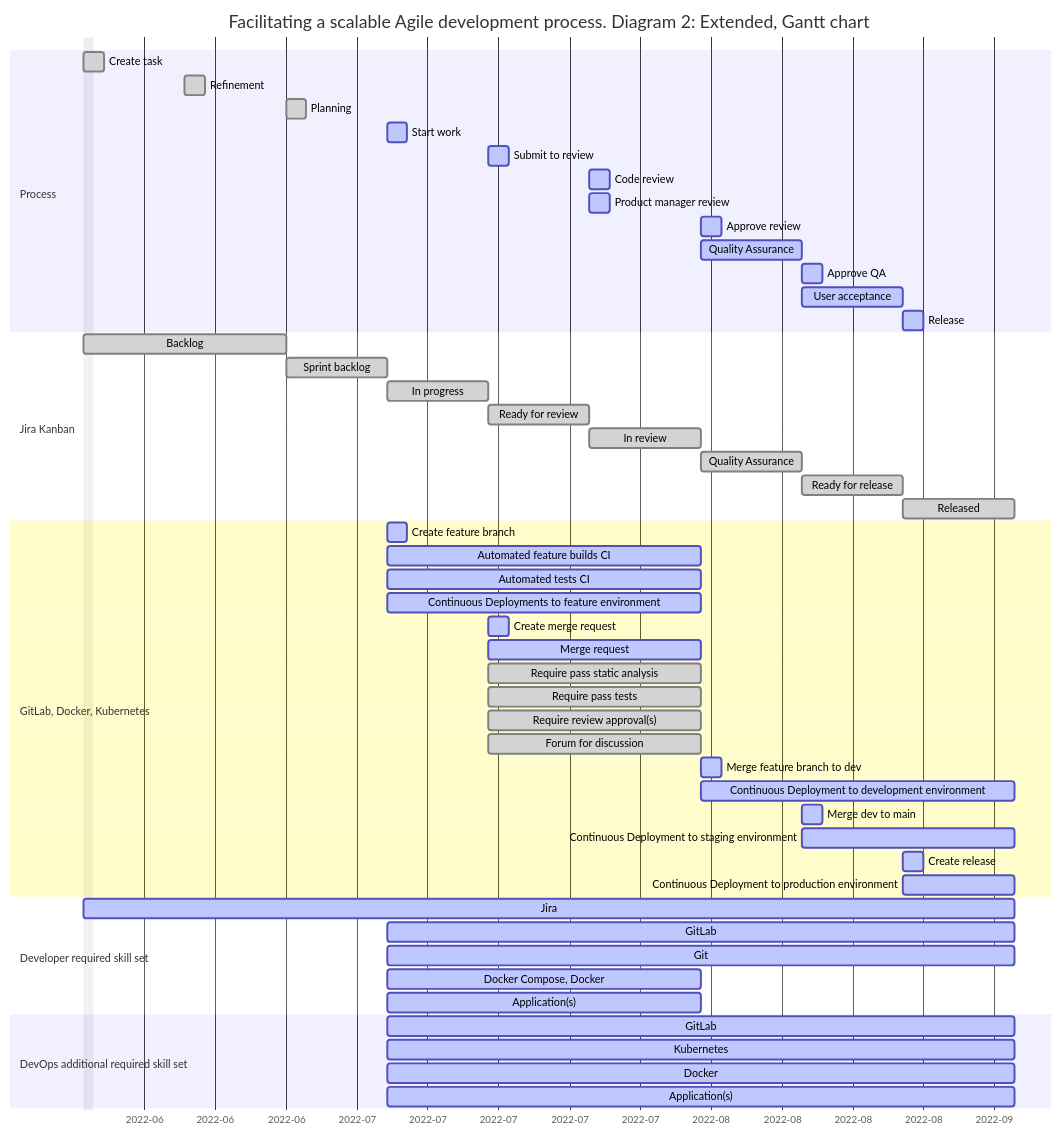
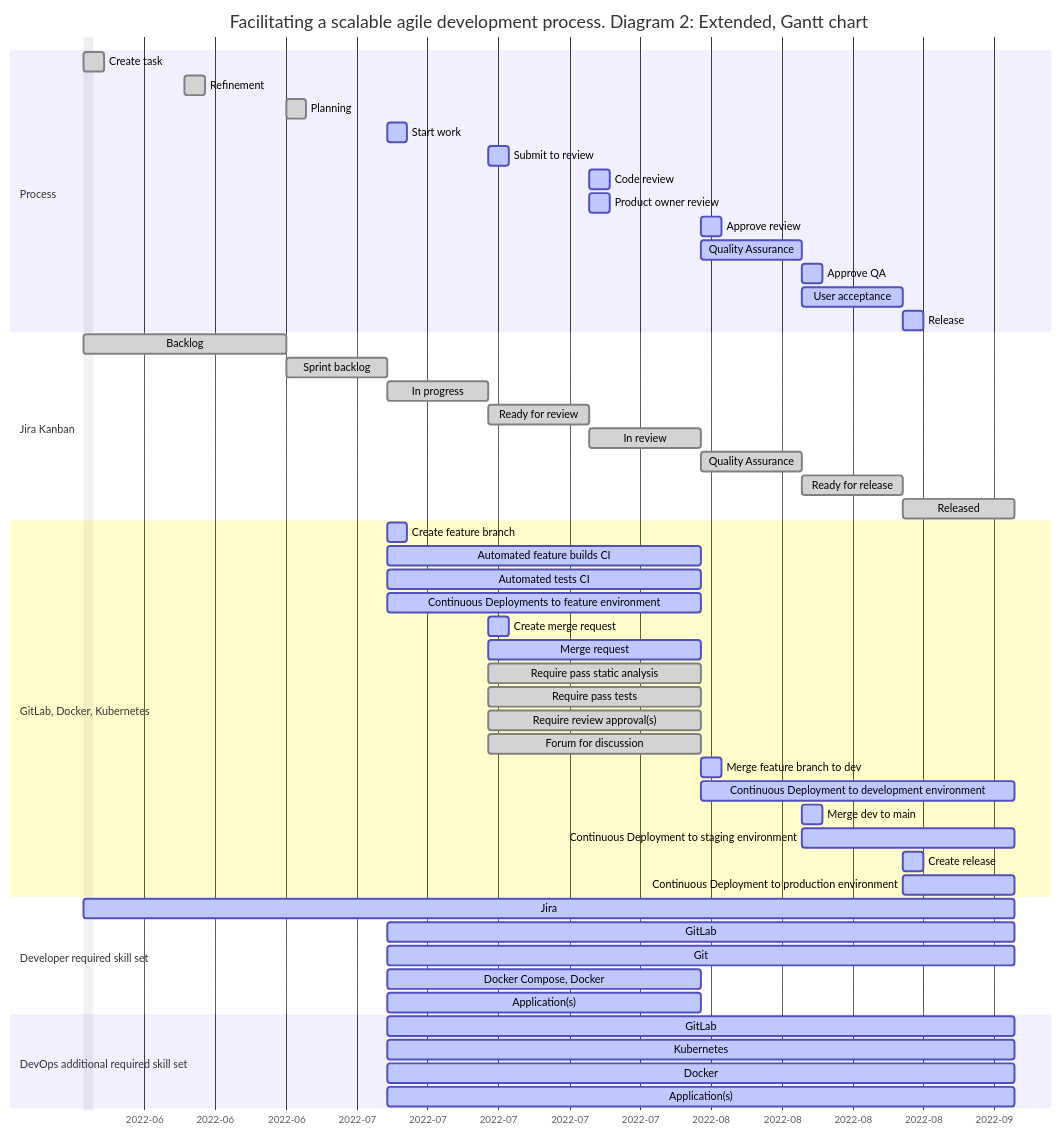
One commit to aumbadgah/agile changed the second of 2 diagrams in facilitating-a-scalable-Agile-development-process.md. Above: the diagram before and after it, drawn with Mermaid. The commit also changed other lines of this file, not shown here.

Commit message:
Remove capitalisation from Agile

````diff
--- a/facilitating-a-scalable-Agile-development-process.md
+++ b/facilitating-a-scalable-Agile-development-process.md
@@ -122,62 +121,62 @@
 ```mermaid
 gantt
 dateFormat YYYY-MM-DD
 axisFormat %Y-%m
-title Facilitating a scalable Agile development process. Diagram 2: Extended, Gantt chart
+title Facilitating a scalable agile development process. Diagram 2: Extended, Gantt chart
 excludes weekdays 2022-06-06
 
 section Process
 Create task :done, des1, 2022-06-06, 2d
 Refinement :done, des1, 2022-06-16, 2d
 Planning :done, des1, 2022-06-26, 2d
 Start work :active, des1, 2022-07-06, 2d
 Submit to review :active, des1, 2022-07-16, 2d
 Code review :active, des1, 2022-07-26, 2d
-Product manager review :active, des1, 2022-07-26, 2d
+Product owner review :active, des1, 2022-07-26, 2d
 Approve review :active, des1, 2022-08-06, 2d
 Quality Assurance :active, des1, 2022-08-06, 2022-08-16
 Approve QA :active, des1, 2022-08-16, 2d
 User acceptance :active, des1, 2022-08-16, 2022-08-26
 Release :active, des1, 2022-08-26, 2d
 
 section Jira Kanban
 Backlog :done, des1, 2022-06-06, 2022-06-26
 Sprint backlog :done, des2, after des1, 2022-07-06
 In progress :done, des3, after des2, 2022-07-16
 Ready for review :done, des4, after des3, 2022-07-26
 In review :done, des5, after des4, 2022-08-06
 Quality Assurance :done, des6, after des5, 2022-08-16
 Ready for release :done, des7, after des6, 2022-08-26
 Released :done, des11, 2022-08-26, 2022-09-06
 
 section GitLab, Docker, Kubernetes
 Create feature branch :active, des7, 2022-07-06, 2d
 Automated feature builds CI :active, des7, 2022-07-06, 2022-08-06
 Automated tests CI :active, des7, 2022-07-06, 2022-08-06
 Continuous Deployments to feature environment :active, des7, 2022-07-06, 2022-08-06
 Create merge request :active, des7, 2022-07-16, 2d
 Merge request :active, des7, 2022-07-16, 2022-08-06
 Require pass static analysis :done, des7, 2022-07-16, 2022-08-06
 Require pass tests :done, des7, 2022-07-16, 2022-08-06
 Require review approval(s) :done, des7, 2022-07-16, 2022-08-06
 Forum for discussion :done, des7, 2022-07-16, 2022-08-06
 Merge feature branch to dev :active, des8, after des7, 2d
 Continuous Deployment to development environment :active, des8, after des7, 2022-09-06
 Merge dev to main :active, des9, 2022-08-16, 2d
 Continuous Deployment to staging environment :active, des9, 2022-08-16, 2022-09-06
 Create release :active, des9, 2022-08-26, 2d
 Continuous Deployment to production environment :active, des9, 2022-08-26, 2022-09-06
 
 section Developer required skill set
 Jira :active, des10, 2022-06-06, 2022-09-06
 GitLab :active, des10, 2022-07-06, 2022-09-06
 Git :active, des10, 2022-07-06, 2022-09-06
 Docker Compose, Docker :active, des10, 2022-07-06, 2022-08-06
 Application(s) :active, des10, 2022-07-06, 2022-08-06
 
 section DevOps additional required skill set
 GitLab :active, des10, 2022-07-06, 2022-09-06
 Kubernetes :active, des10, 2022-07-06, 2022-09-06
 Docker :active, des10, 2022-07-06, 2022-09-06
 Application(s) :active, des10, 2022-07-06, 2022-09-06
 ```
````
